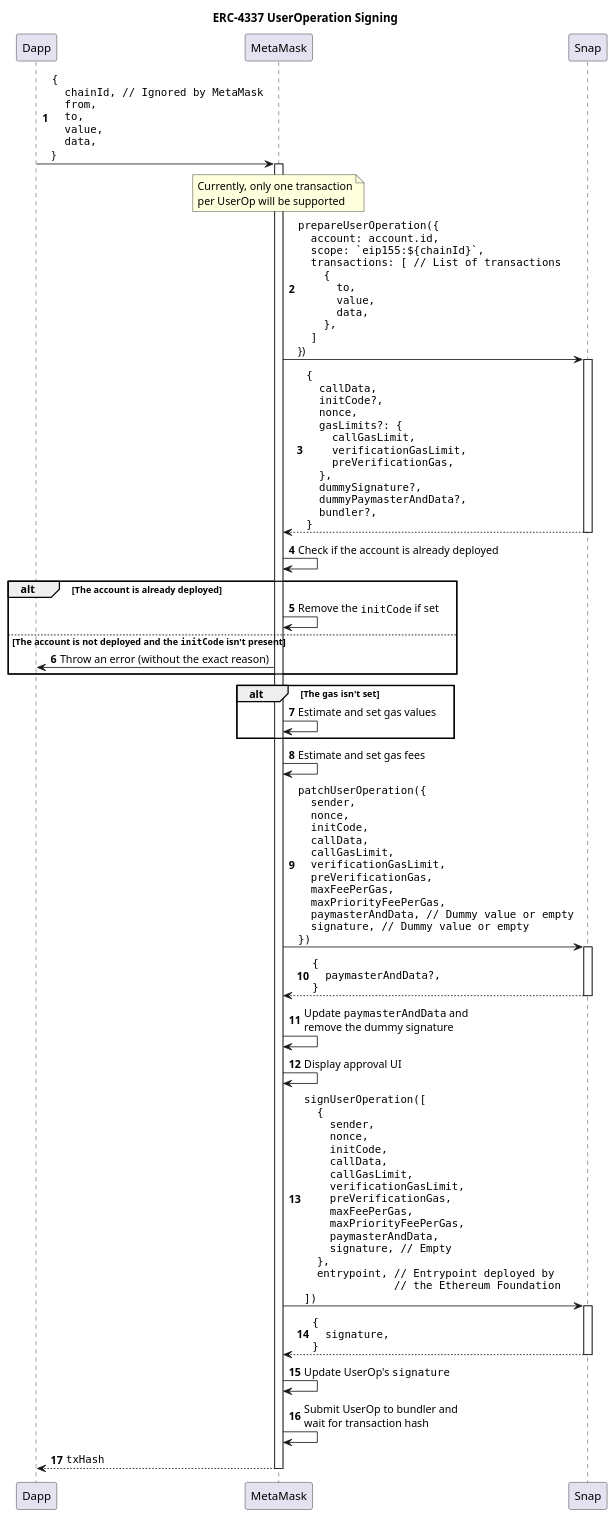
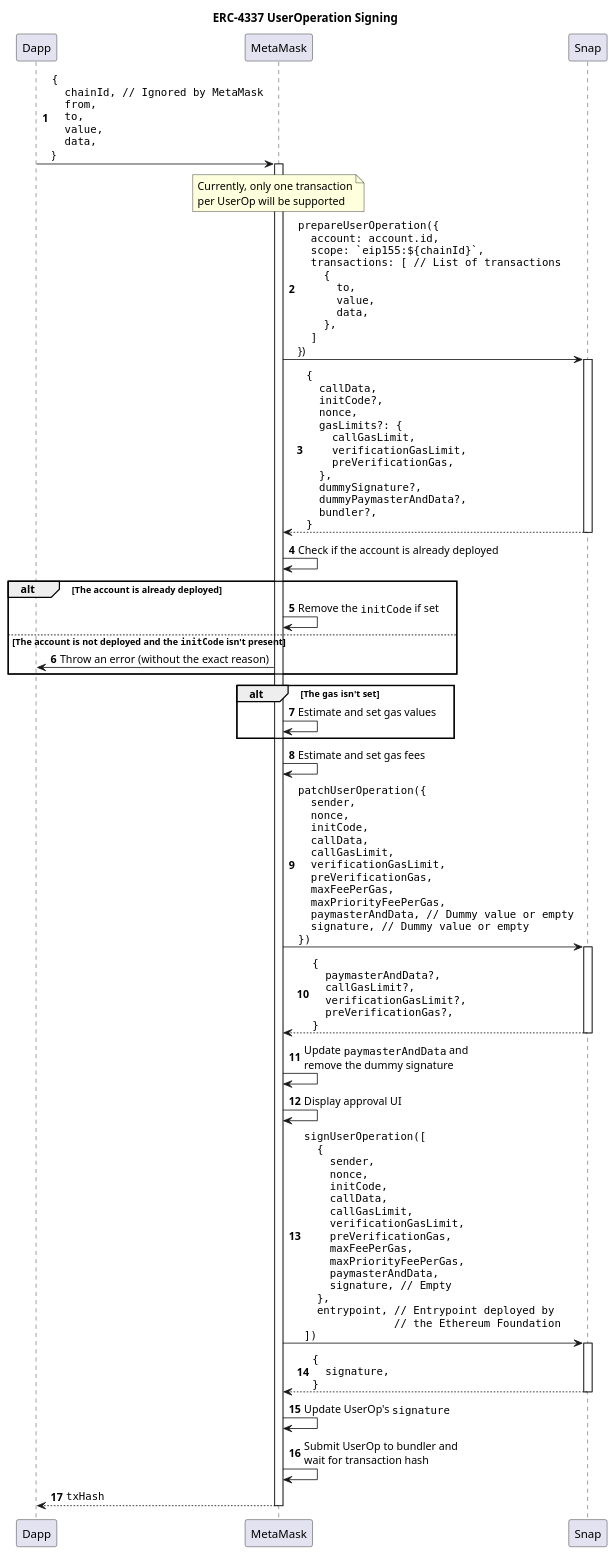
One commit to MetaMask/keyring-api changed the diagram in docs/diagrams/user_operation_signing.puml. Above: the diagram before and after it, drawn with PlantUML. The commit also changed 2 other files, not shown here.

Commit message:
feat: update `eth_patchUserOperation` to return optional gas limit values (#250)
* feat: update patch useroperation to return optional gas limit values

* fix: pattern for gas

* fix: use exactOptional

```diff
--- a/docs/diagrams/user_operation_signing.puml
+++ b/docs/diagrams/user_operation_signing.puml
@@ -1,115 +1,118 @@
 @startuml "ERC-4337 Account Support"
 autonumber
 skinparam fontname Arial
 
 title "ERC-4337 UserOperation Signing"
 
 participant Dapp
 participant MetaMask
 participant Snap
 
 Dapp -> MetaMask ++: ""{""\n\
 ""  chainId, // Ignored by MetaMask""\n\
 ""  from,""\n\
 ""  to,""\n\
 ""  value,""\n\
 ""  data,""\n\
 }
 
 note over MetaMask
     Currently, only one transaction
     per UserOp will be supported
 end note
 
 MetaMask -> Snap ++: ""prepareUserOperation({""\n\
 ""  account: account.id,""\n\
 ""  scope: `eip155:${chainId}`,""\n\
 ""  transactions: [ // List of transactions""\n\
 ""    {""\n\
 ""      to,""\n\
 ""      value,""\n\
 ""      data,""\n\
 ""    },""\n\
 ""  ]""\n\
 })
 
 Snap --> MetaMask --: ""{""\n\
 ""  callData,""\n\
 ""  initCode?,""\n\
 ""  nonce,""\n\
 ""  gasLimits?: {""\n\
 ""    callGasLimit,""\n\
 ""    verificationGasLimit,""\n\
 ""    preVerificationGas,""\n\
 ""  },""\n\
 ""  dummySignature?,""\n\
 ""  dummyPaymasterAndData?,""\n\
 ""  bundler?,""\n\
 ""}""
 
 MetaMask -> MetaMask: Check if the account is already deployed
 
 alt The account is already deployed
   MetaMask -> MetaMask: Remove the ""initCode"" if set
 else The account is not deployed and the ""initCode"" isn't present
   MetaMask -> Dapp: Throw an error (without the exact reason)
 end
 
 alt The ""gas"" isn't set
   MetaMask -> MetaMask: Estimate and set gas values
 end
 
 MetaMask -> MetaMask: Estimate and set gas fees
 
 MetaMask -> Snap ++: ""patchUserOperation({""\n\
 ""  sender,""\n\
 ""  nonce,""\n\
 ""  initCode,""\n\
 ""  callData,""\n\
 ""  callGasLimit,""\n\
 ""  verificationGasLimit,""\n\
 ""  preVerificationGas,""\n\
 ""  maxFeePerGas,""\n\
 ""  maxPriorityFeePerGas,""\n\
 ""  paymasterAndData, // Dummy value or empty""\n\
 ""  signature, // Dummy value or empty""\n\
 ""})""
 
 Snap --> MetaMask --: ""{""\n\
 ""  paymasterAndData?,""\n\
+""  callGasLimit?,""\n\
+""  verificationGasLimit?,""\n\
+""  preVerificationGas?,""\n\
 ""}""
 
 MetaMask -> MetaMask: Update ""paymasterAndData"" and\n\
 remove the dummy signature
 
 MetaMask -> MetaMask: Display approval UI
 
 MetaMask -> Snap ++: ""signUserOperation([""\n\
 ""  {""\n\
 ""    sender,""\n\
 ""    nonce,""\n\
 ""    initCode,""\n\
 ""    callData,""\n\
 ""    callGasLimit,""\n\
 ""    verificationGasLimit,""\n\
 ""    preVerificationGas,""\n\
 ""    maxFeePerGas,""\n\
 ""    maxPriorityFeePerGas,""\n\
 ""    paymasterAndData,""\n\
 ""    signature, // Empty""\n\
 ""  },""\n\
 ""  entrypoint, // Entrypoint deployed by""\n\
 ""              // the Ethereum Foundation""\n\
 ""])""
 
 Snap --> MetaMask --: ""{""\n\
 ""  signature,""\n\
 ""}""
 
 MetaMask -> MetaMask: Update UserOp's ""signature""
 
 MetaMask -> MetaMask: Submit UserOp to bundler and\n\
 wait for transaction hash
 
 MetaMask --> Dapp --: ""txHash""
 @enduml
```
